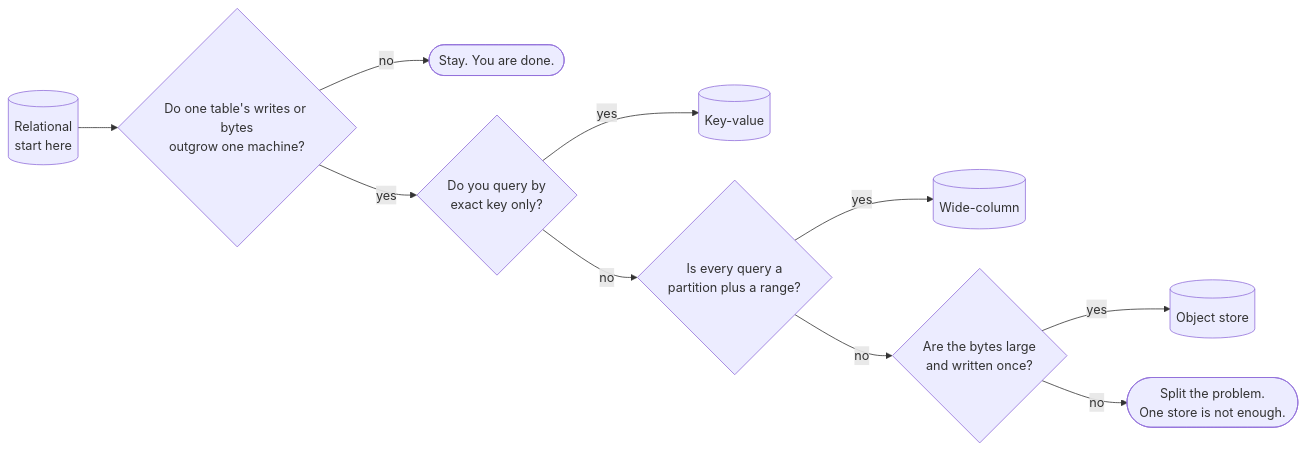
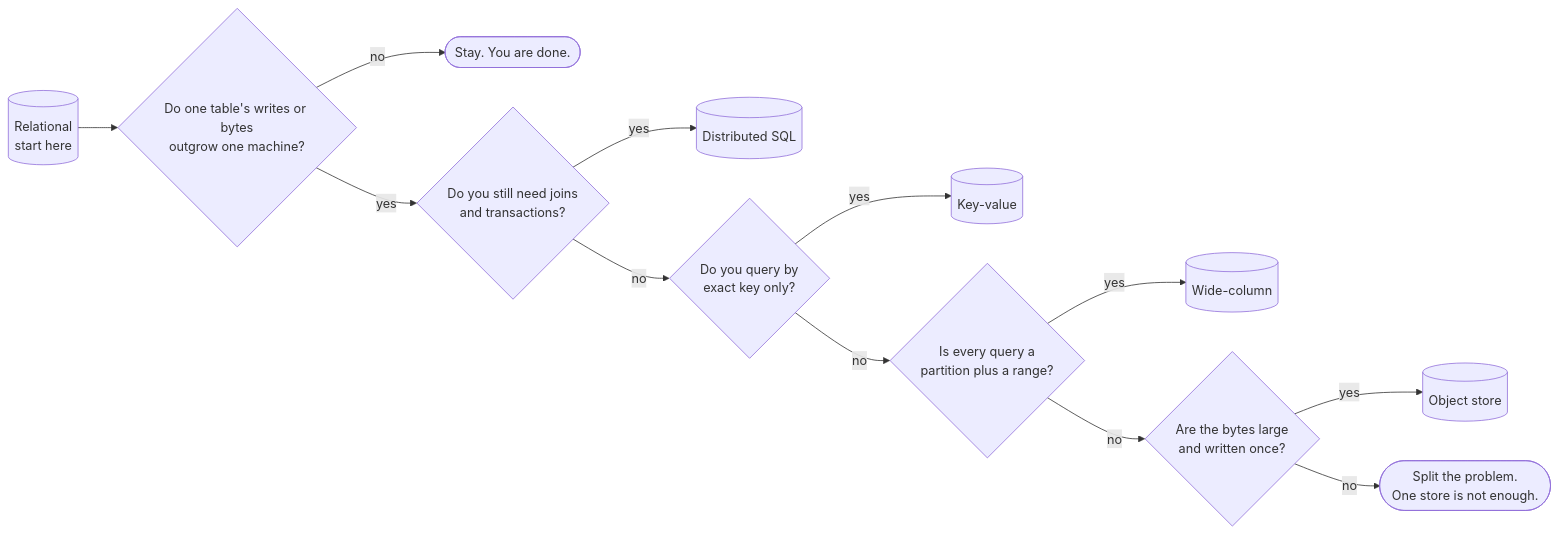
One commit to Laticent/lattice changed the fifth of 19 diagrams in examples/system-design-foundations.md. Above: the diagram before and after it, drawn with Mermaid. The commit also changed other lines of this file and 1 other file, not shown here.

````diff
--- a/examples/system-design-foundations.md
+++ b/examples/system-design-foundations.md
@@ -873,12 +873,14 @@
 ```mermaid
 flowchart LR
   REL[("Relational<br/>start here")] --> Q1{"Do one table's writes or bytes<br/>outgrow one machine?"}
   Q1 -->|"no"| STAY(["Stay. You are done."])
-  Q1 -->|"yes"| Q2{"Do you query by<br/>exact key only?"}
+  Q1 -->|"yes"| QB{"Do you still need joins<br/>and transactions?"}
+  QB -->|"yes"| DS[("Distributed SQL")]
+  QB -->|"no"| Q2{"Do you query by<br/>exact key only?"}
   Q2 -->|"yes"| KV[("Key-value")]
   Q2 -->|"no"| Q3{"Is every query a<br/>partition plus a range?"}
   Q3 -->|"yes"| WC[("Wide-column")]
   Q3 -->|"no"| Q4{"Are the bytes large<br/>and written once?"}
   Q4 -->|"yes"| OS[("Object store")]
   Q4 -->|"no"| SPLIT(["Split the problem.<br/>One store is not enough."])
 ```
````
